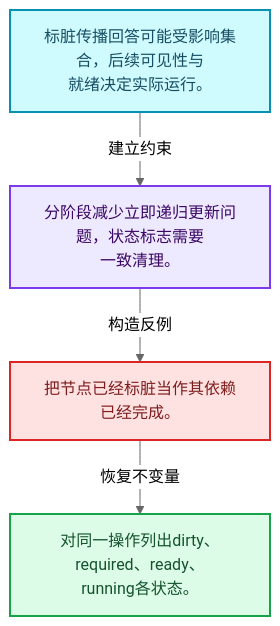
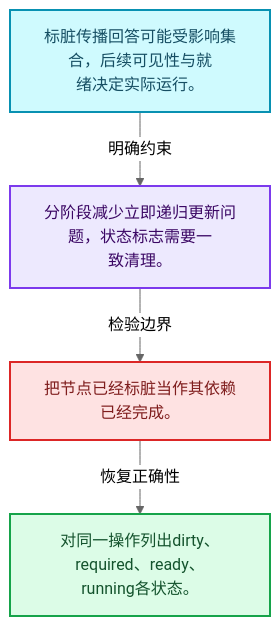
Before and after one commit to yunkezengren/blender-.vscode: the first of 4 diagrams in 杂/markdown/全面学习-codex/11-Depsgraph与并行任务系统/05-失效传播.md, drawn with Mermaid (neutral theme). The commit also changed other lines of this file and 1930 other files, not shown here.

````diff
--- a/杂/markdown/全面学习-codex/11-Depsgraph与并行任务系统/05-失效传播.md
+++ b/杂/markdown/全面学习-codex/11-Depsgraph与并行任务系统/05-失效传播.md
@@ -29,16 +29,16 @@
 ```mermaid
 flowchart TB
-  M["标脏传播回答可能受影响集合，后续可见性与<br/>就绪决定实际运行。"]:::data
-  T["分阶段减少立即递归更新问题，状态标志需要<br/>一致清理。"]:::abstraction
-  X["把节点已经标脏当作其依赖已经完成。"]:::error
-  A["对同一操作列出dirty、required、ready、<br/>running各状态。"]:::result
-  M -->|"建立约束"| T
-  T -->|"构造反例"| X
-  X -->|"恢复不变量"| A
+  M["标脏传播回答可能受影响集合，后续可见性与就<br/>绪决定实际运行。"]:::data
+  C["分阶段减少立即递归更新问题，状态标志需要一<br/>致清理。"]:::abstraction
+  B["把节点已经标脏当作其依赖已经完成。"]:::error
+  R["对同一操作列出dirty、required、ready、<br/>running各状态。"]:::result
+  M -->|"明确约束"| C
+  C -->|"检验边界"| B
+  B -->|"恢复正确性"| R
   classDef input fill:#DBEAFE,stroke:#2563EB,color:#172554,stroke-width:2px;
   classDef data fill:#CFFAFE,stroke:#0891B2,color:#164E63,stroke-width:2px;
   classDef abstraction fill:#EDE9FE,stroke:#7C3AED,color:#3B0764,stroke-width:2px;
   classDef compute fill:#FEF3C7,stroke:#D97706,color:#78350F,stroke-width:2px;
   classDef result fill:#DCFCE7,stroke:#16A34A,color:#14532D,stroke-width:2px;
   classDef error fill:#FEE2E2,stroke:#DC2626,color:#7F1D1D,stroke-width:2px;
 ```
````
